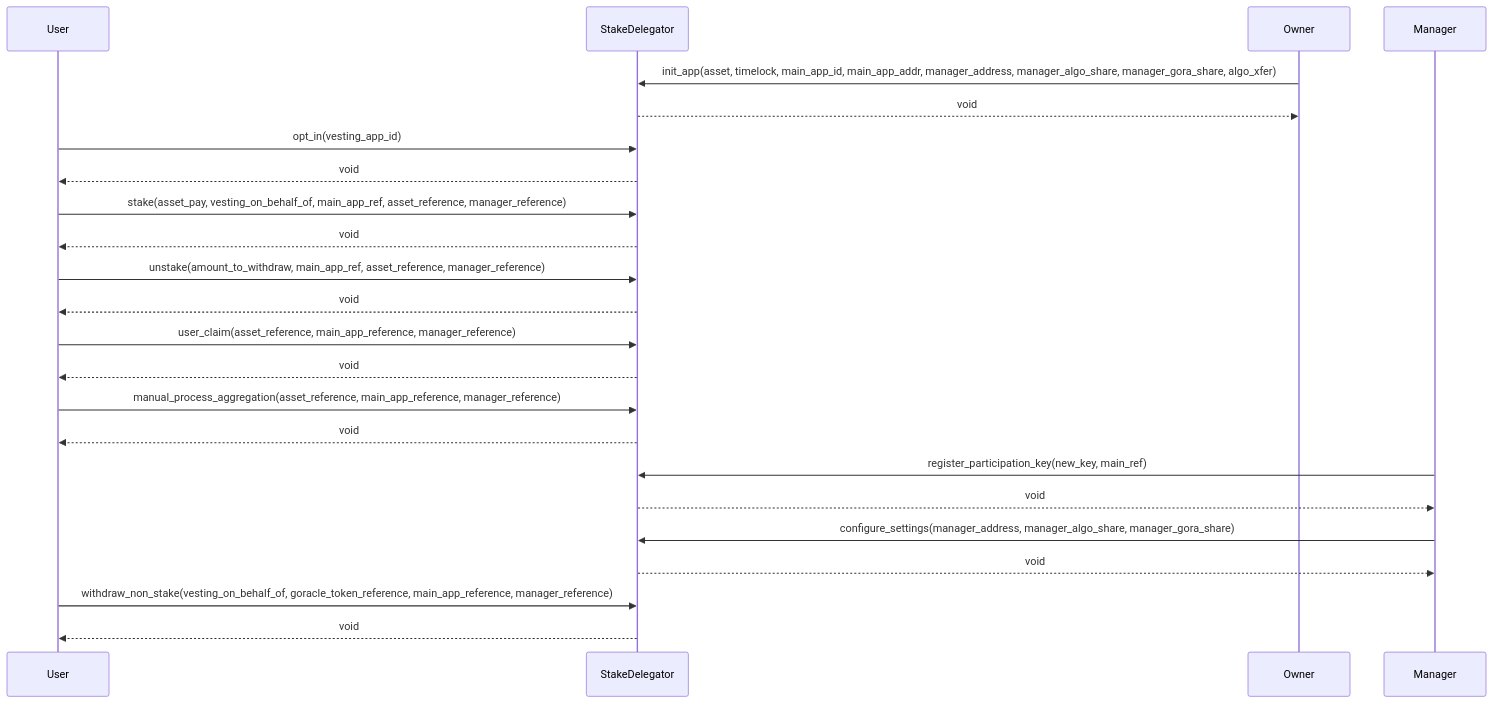
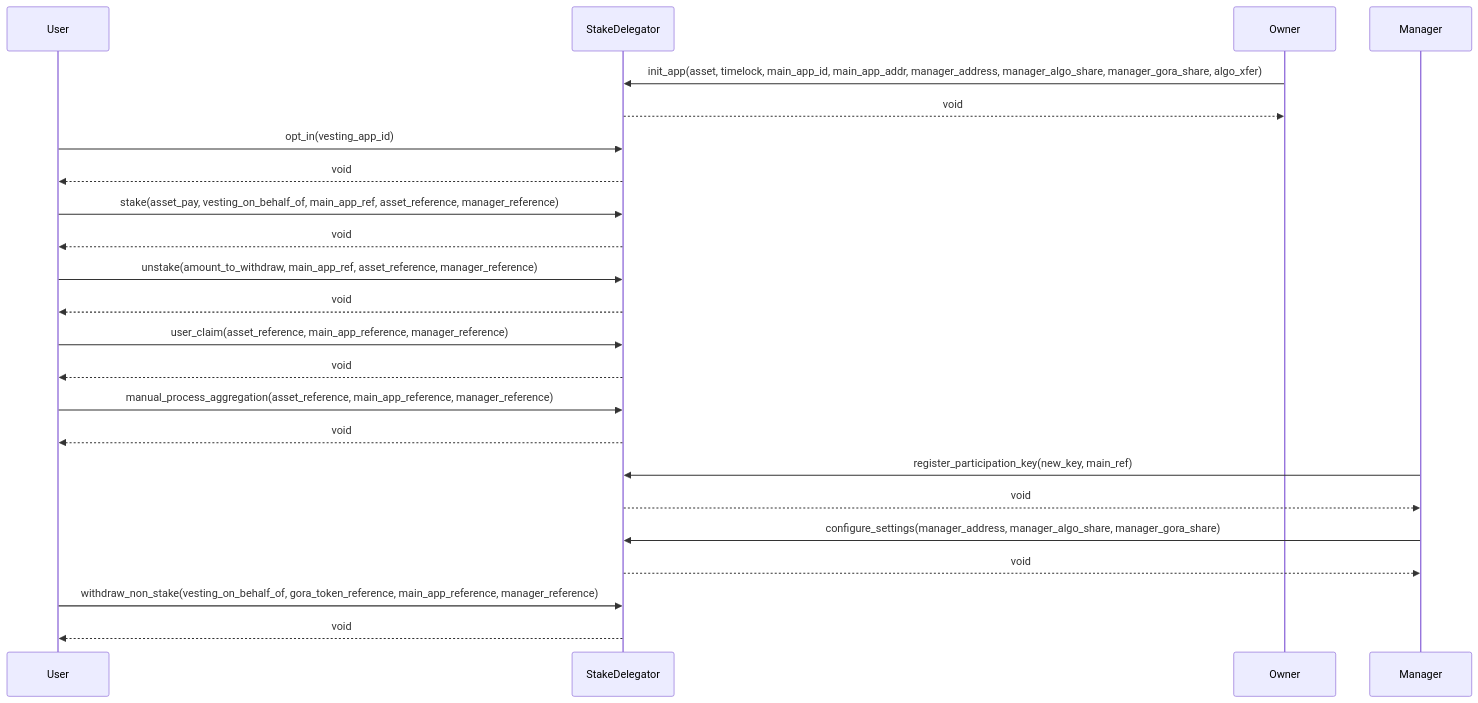
One commit to GoraNetwork/gora-dao-smartcontracts changed the fourth of 8 diagrams in README.md. Above: the diagram before and after it, drawn with Mermaid. The commit also changed 12 other files, not shown here.

````diff
--- a/README.md
+++ b/README.md
@@ -121,34 +121,34 @@
 ```mermaid
 sequenceDiagram
     participant User as User
     participant StakeDelegator as StakeDelegator
 
     Owner->>StakeDelegator: init_app(asset, timelock, main_app_id, main_app_addr, manager_address, manager_algo_share, manager_gora_share, algo_xfer)
     StakeDelegator-->>Owner: void
 
     User->>StakeDelegator: opt_in(vesting_app_id)
     StakeDelegator-->>User: void
 
     User->>StakeDelegator: stake(asset_pay, vesting_on_behalf_of, main_app_ref, asset_reference, manager_reference)
     StakeDelegator-->>User: void
 
     User->>StakeDelegator: unstake(amount_to_withdraw, main_app_ref, asset_reference, manager_reference)
     StakeDelegator-->>User: void
 
     User->>StakeDelegator: user_claim(asset_reference, main_app_reference, manager_reference)
     StakeDelegator-->>User: void
 
     User->>StakeDelegator: manual_process_aggregation(asset_reference, main_app_reference, manager_reference)
     StakeDelegator-->>User: void
 
     Manager->>StakeDelegator: register_participation_key(new_key, main_ref)
     StakeDelegator-->>Manager: void
 
     Manager->>StakeDelegator: configure_settings(manager_address, manager_algo_share, manager_gora_share)
     StakeDelegator-->>Manager: void
 
-    User->>StakeDelegator: withdraw_non_stake(vesting_on_behalf_of, goracle_token_reference, main_app_reference, manager_reference)
+    User->>StakeDelegator: withdraw_non_stake(vesting_on_behalf_of, gora_token_reference, main_app_reference, manager_reference)
     StakeDelegator-->>User: void
 
 
 ```
````
